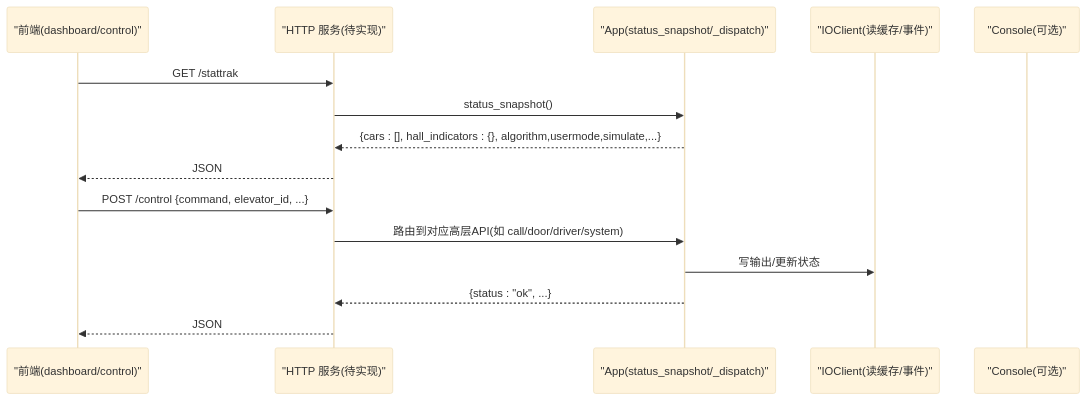
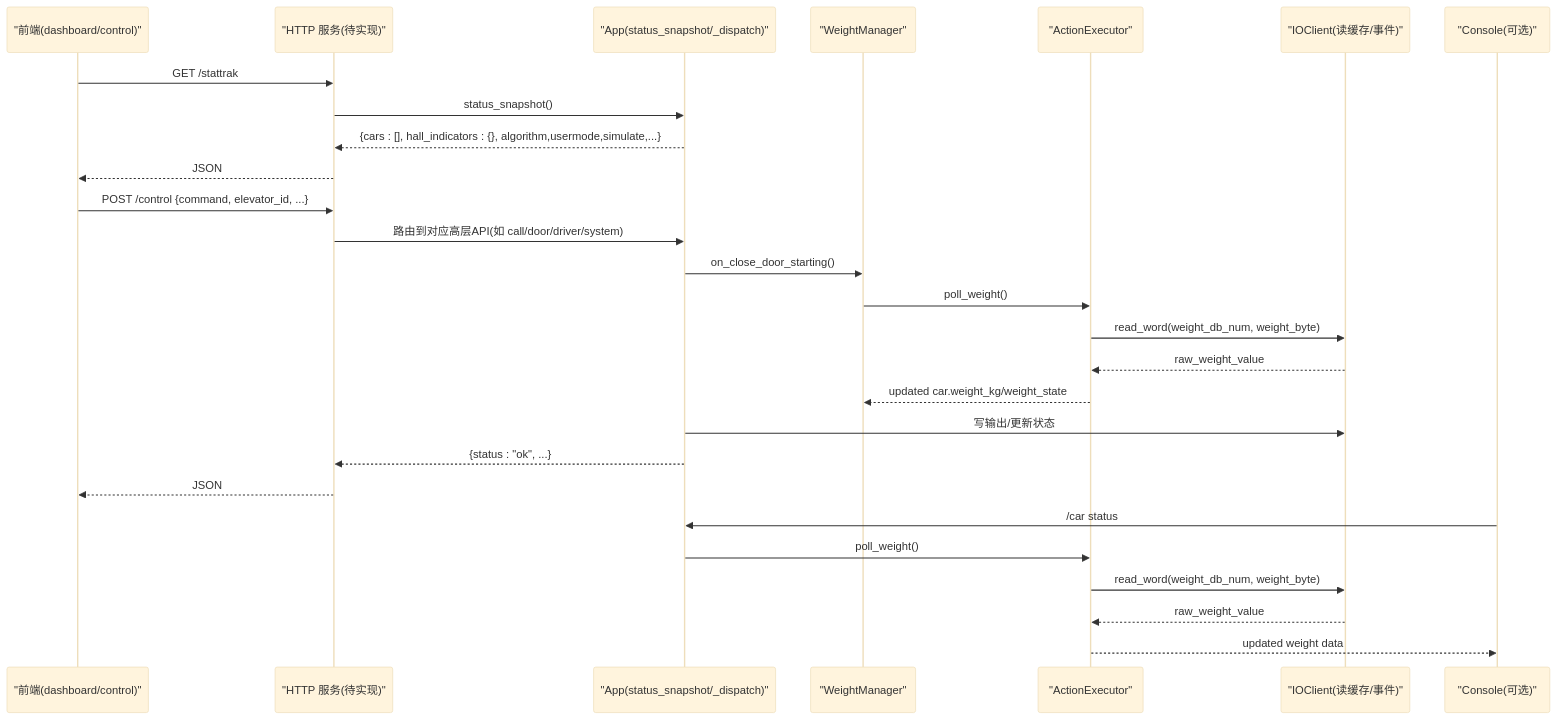
One commit to xmb505/Haku_EET changed the second of 7 diagrams in .qoder/repowiki/zh/content/小脑模块/重量检测系统.md. Above: the diagram before and after it, drawn with Mermaid (base theme). The commit also changed other lines of this file and 27 other files, not shown here.

````diff
--- a/.qoder/repowiki/zh/content/小脑模块/重量检测系统.md
+++ b/.qoder/repowiki/zh/content/小脑模块/重量检测系统.md
@@ -113,17 +137,29 @@
 ```mermaid
 sequenceDiagram
 participant FE as "前端(dashboard/control)"
 participant HTTP as "HTTP 服务(待实现)"
 participant APP as "App(status_snapshot/_dispatch)"
+participant WM as "WeightManager"
+participant EXE as "ActionExecutor"
 participant IO as "IOClient(读缓存/事件)"
 participant CON as "Console(可选)"
 FE->>HTTP : GET /stattrak
 HTTP->>APP : status_snapshot()
 APP-->>HTTP : {cars : [], hall_indicators : {}, algorithm,usermode,simulate,...}
 HTTP-->>FE : JSON
 FE->>HTTP : POST /control {command, elevator_id, ...}
 HTTP->>APP : 路由到对应高层API(如 call/door/driver/system)
+APP->>WM : on_close_door_starting()
+WM->>EXE : poll_weight()
+EXE->>IO : read_word(weight_db_num, weight_byte)
+IO-->>EXE : raw_weight_value
+EXE-->>WM : updated car.weight_kg/weight_state
 APP->>IO : 写输出/更新状态
 APP-->>HTTP : {status : "ok", ...}
 HTTP-->>FE : JSON
+CON->>APP : /car status
+APP->>EXE : poll_weight()
+EXE->>IO : read_word(weight_db_num, weight_byte)
+IO-->>EXE : raw_weight_value
+EXE-->>CON : updated weight data
 ```
````
